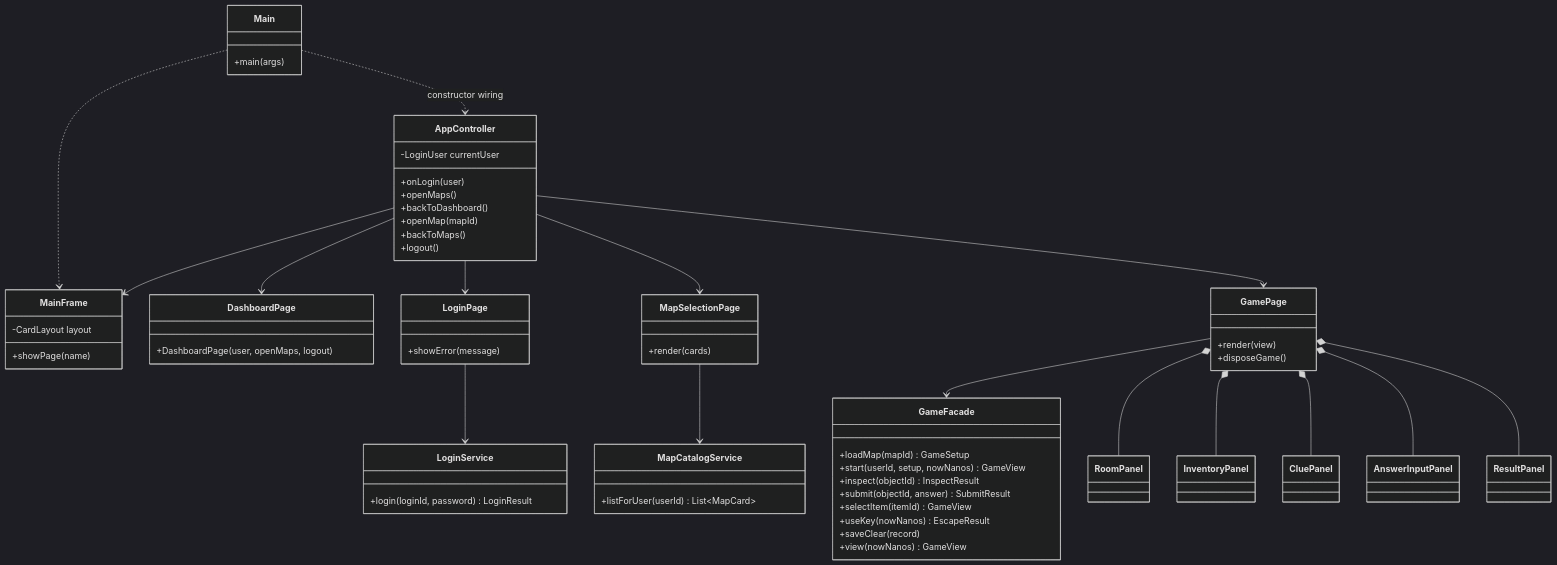
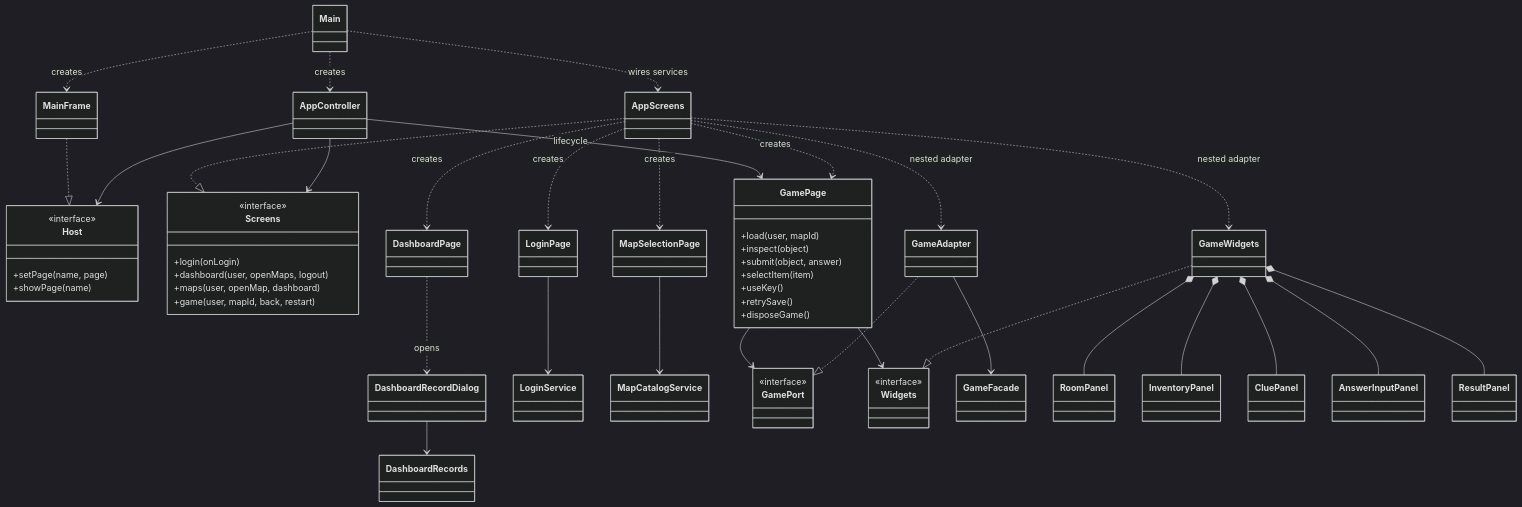
The diagram in Document/diagrams/01_overview.mmd (hhannn001/JavaOOP_repository), drawn with Mermaid (dark theme) before and after one commit. The commit also changed 34 other files, not shown here.

First line of the commit message:
docs: 현재 구현 기준으로 프로젝트 문서와 다이어그램 재정비

```diff
--- a/Document/diagrams/01_overview.mmd
+++ b/Document/diagrams/01_overview.mmd
@@ -1,67 +1,76 @@
 classDiagram
-    class Main {
-        +main(args)
-    }
-    class MainFrame {
-        -CardLayout layout
+    class Main
+    class MainFrame
+    class AppController
+    class Host {
+        <<interface>>
+        +setPage(name, page)
         +showPage(name)
     }
-    class AppController {
-        -LoginUser currentUser
-        +onLogin(user)
-        +openMaps()
-        +backToDashboard()
-        +openMap(mapId)
-        +backToMaps()
-        +logout()
+    class Screens {
+        <<interface>>
+        +login(onLogin)
+        +dashboard(user, openMaps, logout)
+        +maps(user, openMap, dashboard)
+        +game(user, mapId, back, restart)
     }
-    class DashboardPage {
-        +DashboardPage(user, openMaps, logout)
-    }
-    class LoginPage {
-        +showError(message)
-    }
-    class LoginService {
-        +login(loginId, password) LoginResult
-    }
-    class MapSelectionPage {
-        +render(cards)
-    }
-    class MapCatalogService {
-        +listForUser(userId) List~MapCard~
-    }
+    class AppScreens
+    class DashboardPage
+    class DashboardRecordDialog
+    class DashboardRecords
+    class LoginPage
+    class LoginService
+    class MapSelectionPage
+    class MapCatalogService
     class GamePage {
-        +render(view)
+        +load(user, mapId)
+        +inspect(object)
+        +submit(object, answer)
+        +selectItem(item)
+        +useKey()
+        +retrySave()
         +disposeGame()
     }
-    class GameFacade {
-        +loadMap(mapId) GameSetup
-        +start(userId, setup, nowNanos) GameView
-        +inspect(objectId) InspectResult
-        +submit(objectId, answer) SubmitResult
-        +selectItem(itemId) GameView
-        +useKey(nowNanos) EscapeResult
-        +saveClear(record)
-        +view(nowNanos) GameView
+    class GamePort {
+        <<interface>>
     }
+    class Widgets {
+        <<interface>>
+    }
+    class GameAdapter
+    class GameWidgets
+    class GameFacade
     class RoomPanel
     class InventoryPanel
     class CluePanel
     class AnswerInputPanel
     class ResultPanel
 
-    Main ..> AppController : constructor wiring
-    Main ..> MainFrame
-    AppController --> MainFrame
-    AppController --> LoginPage
-    AppController --> DashboardPage
-    AppController --> MapSelectionPage
-    AppController --> GamePage
+    Main ..> MainFrame : creates
+    Main ..> AppController : creates
+    Main ..> AppScreens : wires services
+    MainFrame ..|> Host
+    AppScreens ..|> Screens
+    AppController --> Host
+    AppController --> Screens
+    AppController --> GamePage : lifecycle
+    AppScreens ..> DashboardPage : creates
+    AppScreens ..> LoginPage : creates
+    AppScreens ..> MapSelectionPage : creates
+    AppScreens ..> GamePage : creates
+    AppScreens ..> GameAdapter : nested adapter
+    AppScreens ..> GameWidgets : nested adapter
+    DashboardPage ..> DashboardRecordDialog : opens
+    DashboardRecordDialog --> DashboardRecords
     LoginPage --> LoginService
     MapSelectionPage --> MapCatalogService
-    GamePage --> GameFacade
-    GamePage *-- RoomPanel
-    GamePage *-- InventoryPanel
-    GamePage *-- CluePanel
-    GamePage *-- AnswerInputPanel
-    GamePage *-- ResultPanel
+    GamePage --> GamePort
+    GamePage --> Widgets
+    GameAdapter ..|> GamePort
+    GameAdapter --> GameFacade
+    GameWidgets ..|> Widgets
+    GameWidgets *-- RoomPanel
+    GameWidgets *-- InventoryPanel
+    GameWidgets *-- CluePanel
+    GameWidgets *-- AnswerInputPanel
+    GameWidgets *-- ResultPanel
```
